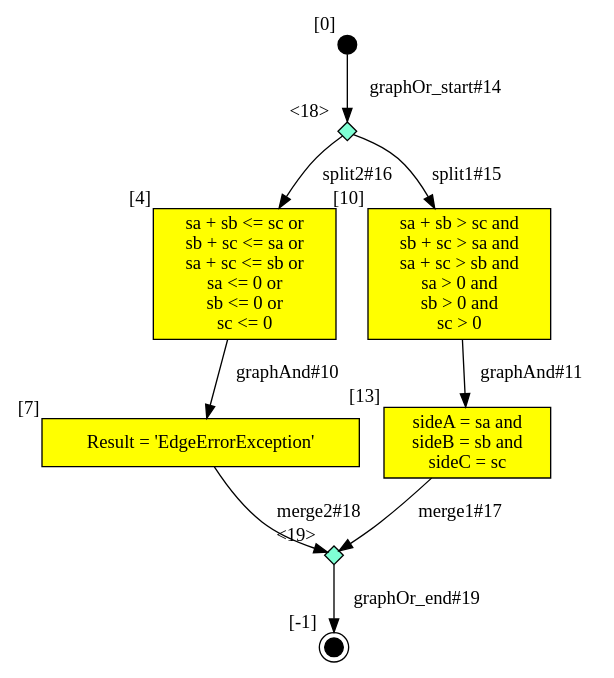
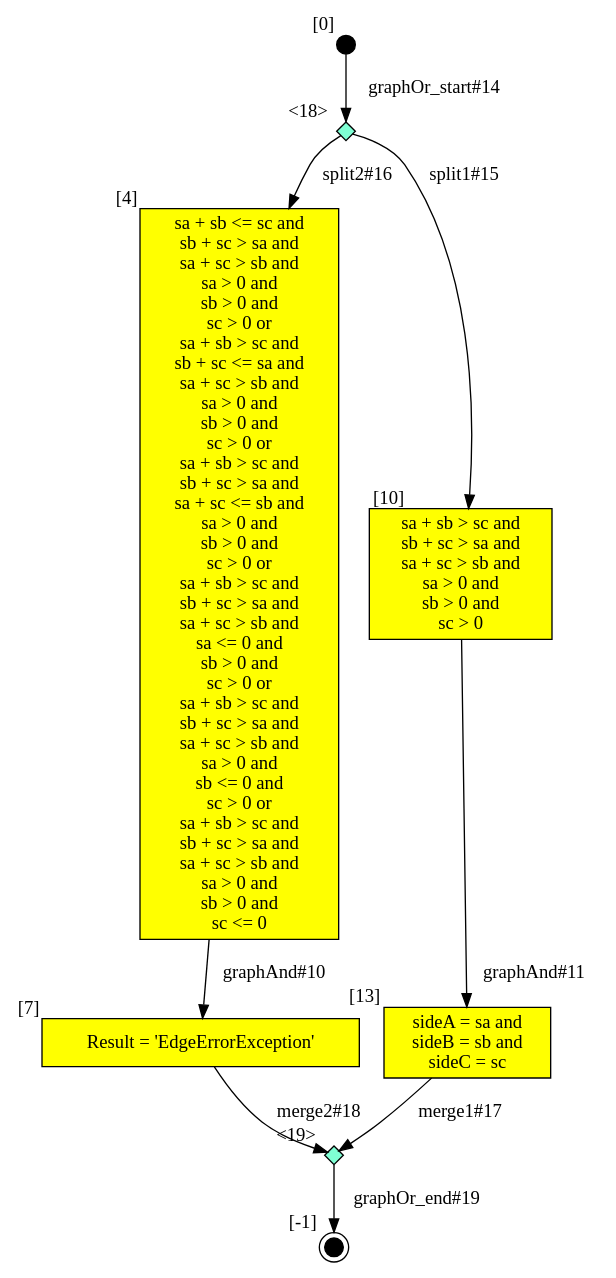
Before and after one commit to SamHseih/ocl-testcase-generator: the diagram in output/CLG/Triangle/tcgen_Triangle_Triangle_DC.dot, drawn with Graphviz. The commit also changed 1691 other files, not shown here.

```diff
--- a/output/CLG/Triangle/tcgen_Triangle_Triangle_DC.dot
+++ b/output/CLG/Triangle/tcgen_Triangle_Triangle_DC.dot
@@ -1,33 +1,63 @@
 digraph CLG {
   18 [shape="diamond", label="", xlabel="<18>", style=filled, fillcolor=aquamarine, fixedsize=true, width=.2, height=.2];
   19 [shape="diamond", label="", xlabel="<19>", style=filled, fillcolor=aquamarine, fixedsize=true, width=.2, height=.2];
-  4 [shape="box", label="sa + sb <= sc or
-sb + sc <= sa or
-sa + sc <= sb or
-sa <= 0 or
-sb <= 0 or
+  4 [shape="box", label="sa + sb <= sc and
+sb + sc > sa and
+sa + sc > sb and
+sa > 0 and
+sb > 0 and
+sc > 0 or
+sa + sb > sc and
+sb + sc <= sa and
+sa + sc > sb and
+sa > 0 and
+sb > 0 and
+sc > 0 or
+sa + sb > sc and
+sb + sc > sa and
+sa + sc <= sb and
+sa > 0 and
+sb > 0 and
+sc > 0 or
+sa + sb > sc and
+sb + sc > sa and
+sa + sc > sb and
+sa <= 0 and
+sb > 0 and
+sc > 0 or
+sa + sb > sc and
+sb + sc > sa and
+sa + sc > sb and
+sa > 0 and
+sb <= 0 and
+sc > 0 or
+sa + sb > sc and
+sb + sc > sa and
+sa + sc > sb and
+sa > 0 and
+sb > 0 and
 sc <= 0
 ", style=filled, fillcolor=yellow, xlabel="[4]"];
   7 [shape="box", label="Result = 'EdgeErrorException'", style=filled, fillcolor=yellow, xlabel="[7]"];
   8 [style=filled, fillcolor=black, shape="doublecircle", label="", fixedsize=true, width=.2, height=.2, xlabel="[-1]"];
   9 [style=filled, fillcolor=black, shape="circle", label="", fixedsize=true, width=.2, height=.2, xlabel="[0]"];
   10 [shape="box", label="sa + sb > sc and
 sb + sc > sa and
 sa + sc > sb and
 sa > 0 and
 sb > 0 and
 sc > 0
 ", style=filled, fillcolor=yellow, xlabel="[10]"];
   13 [shape="box", label="sideA = sa and
 sideB = sb and
 sideC = sc
 ", style=filled, fillcolor=yellow, xlabel="[13]"];
   18 -> 4[label="split2#16"];
   13 -> 19[label="merge1#17"];
   7 -> 19[label="merge2#18"];
   19 -> 8[label="graphOr_end#19"];
   4 -> 7[label="graphAnd#10"];
   10 -> 13[label="graphAnd#11"];
   9 -> 18[label="graphOr_start#14"];
   18 -> 10[label="split1#15"];
 }
```
